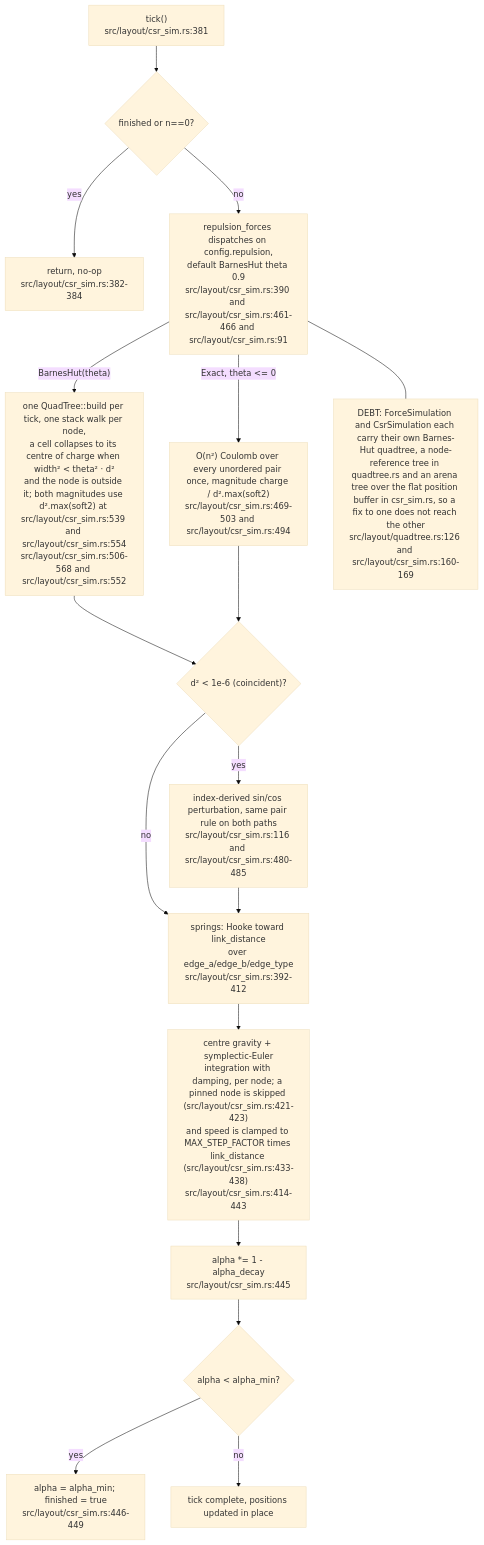
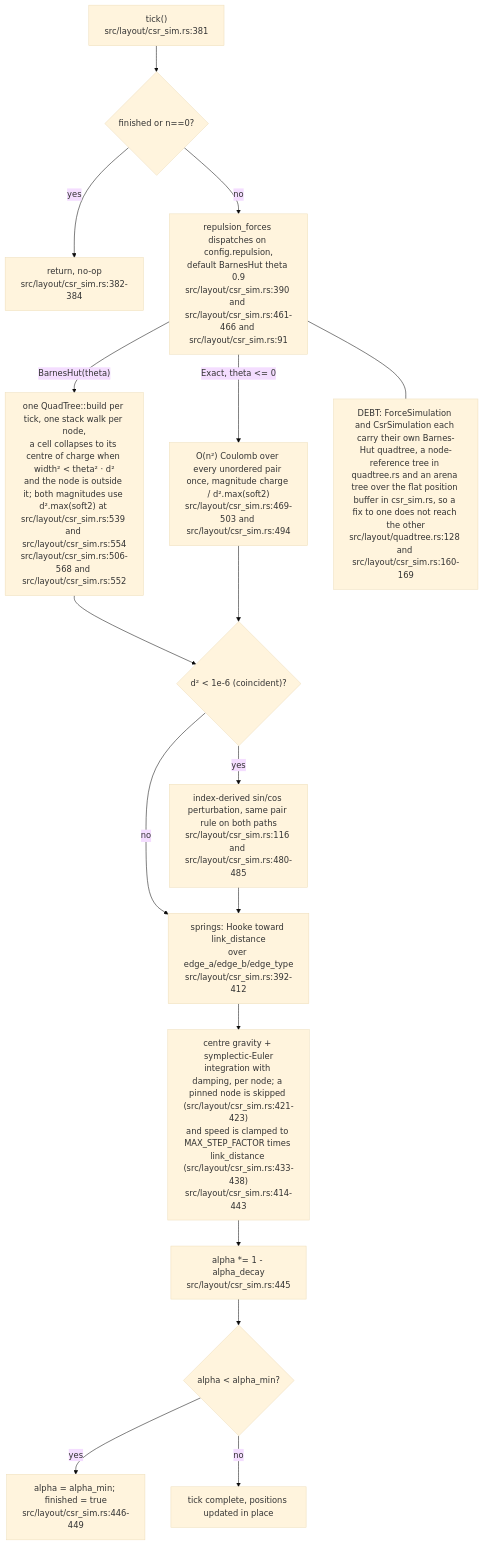
The fifth of 9 diagrams in docs/diagrams/vowl-wasm/03-force-layout-lifecycle.md (DreamLab-AI/VisionFlow), drawn with Mermaid (base theme) before and after one commit. The commit also changed other lines of this file and 36 other files, not shown here.

First line of the commit message:
docs(diagrams): re-derive and re-stamp agentbox, dream-engine, visioncraft, visiontouch and vowl topics; drop LAN addresses

````diff
--- a/docs/diagrams/vowl-wasm/03-force-layout-lifecycle.md
+++ b/docs/diagrams/vowl-wasm/03-force-layout-lifecycle.md
@@ -98,20 +98,20 @@
 ```mermaid
 flowchart TB
     T["tick()<br/>src/layout/csr_sim.rs:381"] --> FIN{"finished or n==0?"}
     FIN -->|yes| RET["return, no-op<br/>src/layout/csr_sim.rs:382-384"]
     FIN -->|no| REP["repulsion_forces dispatches on config.repulsion,<br/>default BarnesHut theta 0.9<br/>src/layout/csr_sim.rs:390 and src/layout/csr_sim.rs:461-466 and src/layout/csr_sim.rs:91"]
     REP -->|"BarnesHut(theta)"| BH["one QuadTree::build per tick, one stack walk per node,<br/>a cell collapses to its centre of charge when width² &lt; theta² · d²<br/>and the node is outside it; both magnitudes use d².max(soft2) at src/layout/csr_sim.rs:539 and src/layout/csr_sim.rs:554<br/>src/layout/csr_sim.rs:506-568 and src/layout/csr_sim.rs:552"]
     REP -->|"Exact, theta &lt;= 0"| EX["O(n²) Coulomb over every unordered pair once, magnitude charge / d².max(soft2)<br/>src/layout/csr_sim.rs:469-503 and src/layout/csr_sim.rs:494"]
     BH --> COIN{"d² < 1e-6 (coincident)?"}
     EX --> COIN
     COIN -->|yes| NUDGE["index-derived sin/cos perturbation, same pair rule on both paths<br/>src/layout/csr_sim.rs:116 and src/layout/csr_sim.rs:480-485"]
     COIN -->|no| SPRING
     NUDGE --> SPRING["springs: Hooke toward link_distance<br/>over edge_a/edge_b/edge_type<br/>src/layout/csr_sim.rs:392-412"]
     SPRING --> INTEG["centre gravity + symplectic-Euler<br/>integration with damping, per node; a pinned node is skipped (src/layout/csr_sim.rs:421-423)<br/>and speed is clamped to MAX_STEP_FACTOR times link_distance (src/layout/csr_sim.rs:433-438)<br/>src/layout/csr_sim.rs:414-443"]
     INTEG --> DECAY["alpha *= 1 - alpha_decay<br/>src/layout/csr_sim.rs:445"]
     DECAY --> FLOOR{"alpha < alpha_min?"}
     FLOOR -->|yes| LATCH["alpha = alpha_min; finished = true<br/>src/layout/csr_sim.rs:446-449"]
     FLOOR -->|no| DONE["tick complete, positions updated in place"]
-    N1["DEBT: ForceSimulation and CsrSimulation each carry their own Barnes-Hut quadtree, a node-reference tree in quadtree.rs and an arena tree over the flat position buffer in csr_sim.rs, so a fix to one does not reach the other<br/>src/layout/quadtree.rs:126 and src/layout/csr_sim.rs:160-169"]
+    N1["DEBT: ForceSimulation and CsrSimulation each carry their own Barnes-Hut quadtree, a node-reference tree in quadtree.rs and an arena tree over the flat position buffer in csr_sim.rs, so a fix to one does not reach the other<br/>src/layout/quadtree.rs:128 and src/layout/csr_sim.rs:160-169"]
     REP --- N1
 ```
````
